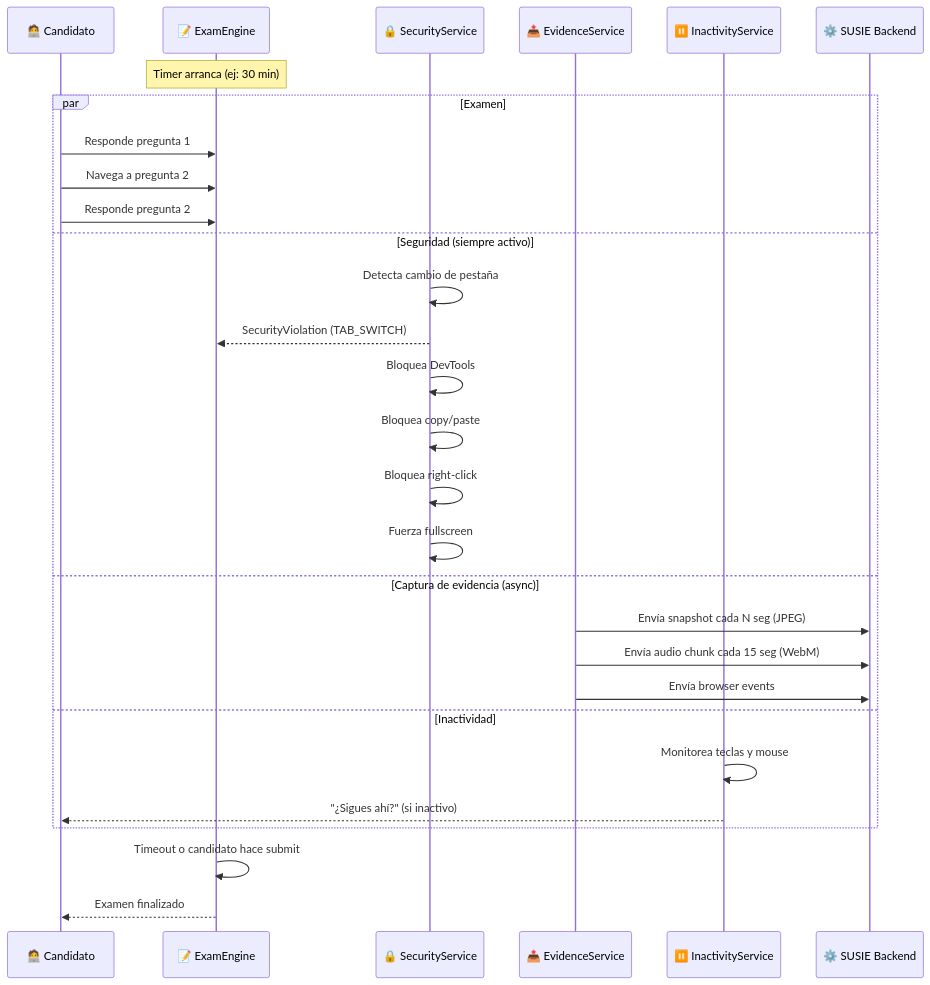
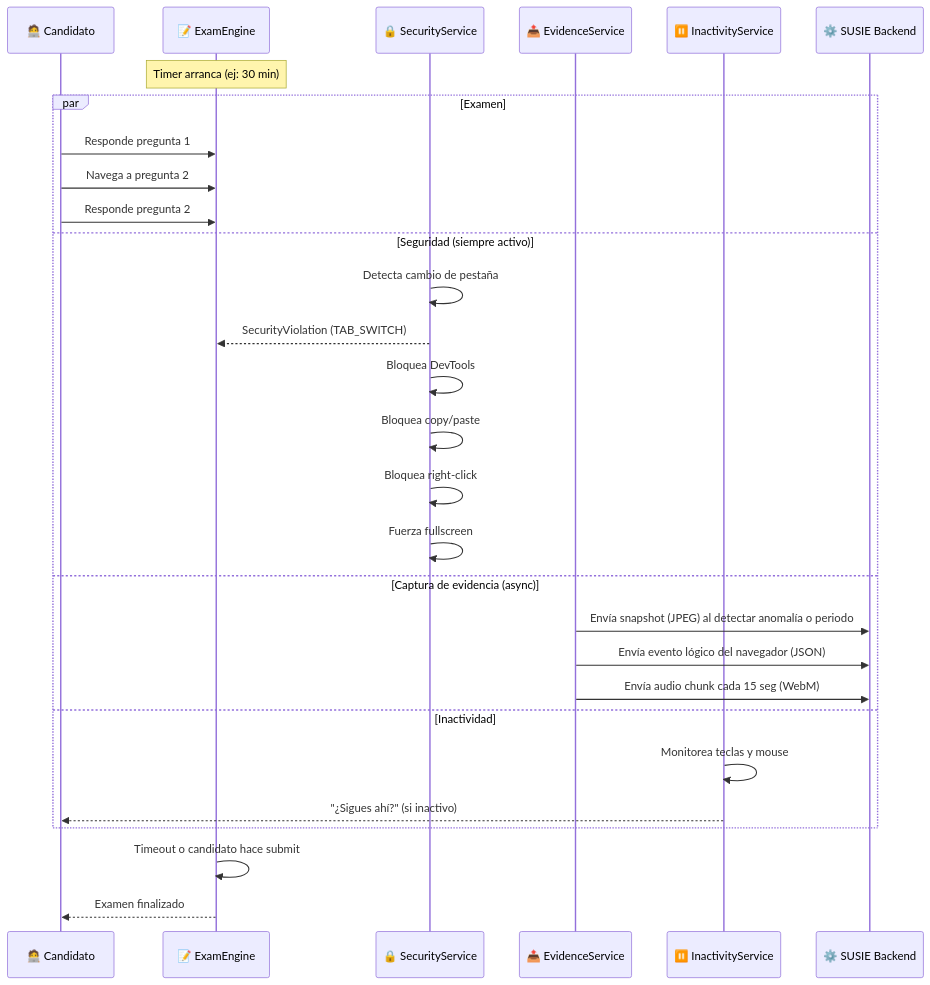
Before and after one commit to Yeyo-Dev/SUSIE: the sixth of 12 diagrams in FLUJO_COMPLETO_SUSIE.md, drawn with Mermaid. The commit also changed other lines of this file and 10 other files, not shown here.

Commit message:
docs: Consolidate various architectural and flow documents into a unified `ARCHITECTURE_SUSIE.md` and update related integration and context files.

````diff
--- a/FLUJO_COMPLETO_SUSIE.md
+++ b/FLUJO_COMPLETO_SUSIE.md
@@ -155,34 +155,34 @@
 ```mermaid
 sequenceDiagram
     participant C as 🧑‍💻 Candidato
     participant EE as 📝 ExamEngine
     participant SS as 🔒 SecurityService
     participant ES as 📤 EvidenceService
     participant IS as ⏸️ InactivityService
     participant API as ⚙️ SUSIE Backend
 
     Note over EE: Timer arranca (ej: 30 min)
 
     par Examen
         C->>EE: Responde pregunta 1
         C->>EE: Navega a pregunta 2
         C->>EE: Responde pregunta 2
     and Seguridad (siempre activo)
         SS->>SS: Detecta cambio de pestaña
         SS-->>EE: SecurityViolation (TAB_SWITCH)
         SS->>SS: Bloquea DevTools
         SS->>SS: Bloquea copy/paste
         SS->>SS: Bloquea right-click
         SS->>SS: Fuerza fullscreen
     and Captura de evidencia (async)
-        ES->>API: Envía snapshot cada N seg (JPEG)
+        ES->>API: Envía snapshot (JPEG) al detectar anomalía o periodo
+        ES->>API: Envía evento lógico del navegador (JSON)
         ES->>API: Envía audio chunk cada 15 seg (WebM)
-        ES->>API: Envía browser events
     and Inactividad
         IS->>IS: Monitorea teclas y mouse
         IS-->>C: "¿Sigues ahí?" (si inactivo)
     end
 
     EE->>EE: Timeout o candidato hace submit
     EE-->>C: Examen finalizado
 ```
````
